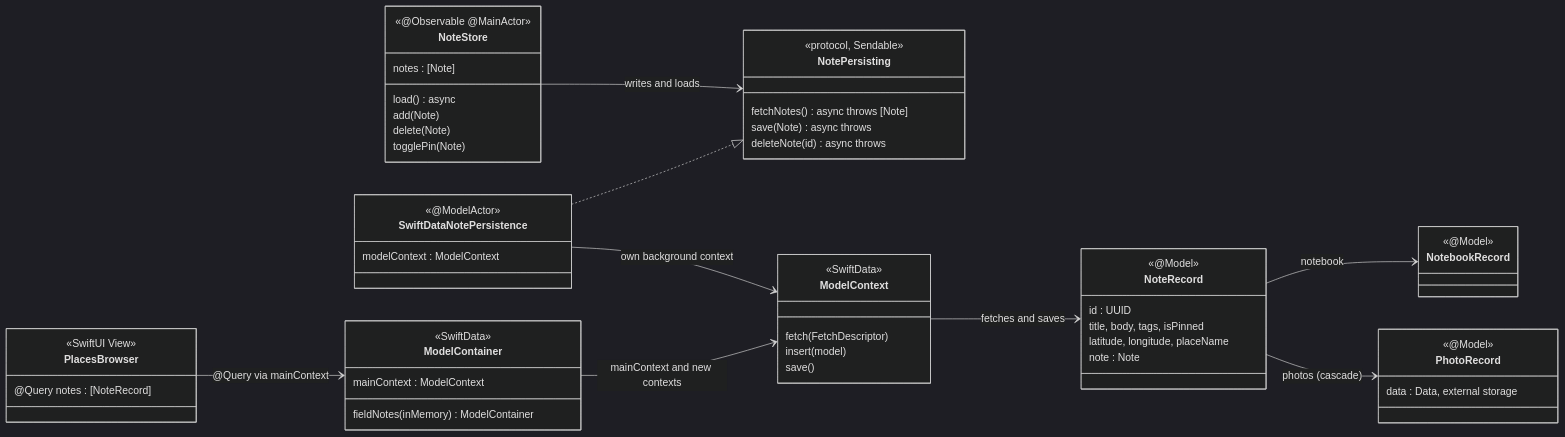
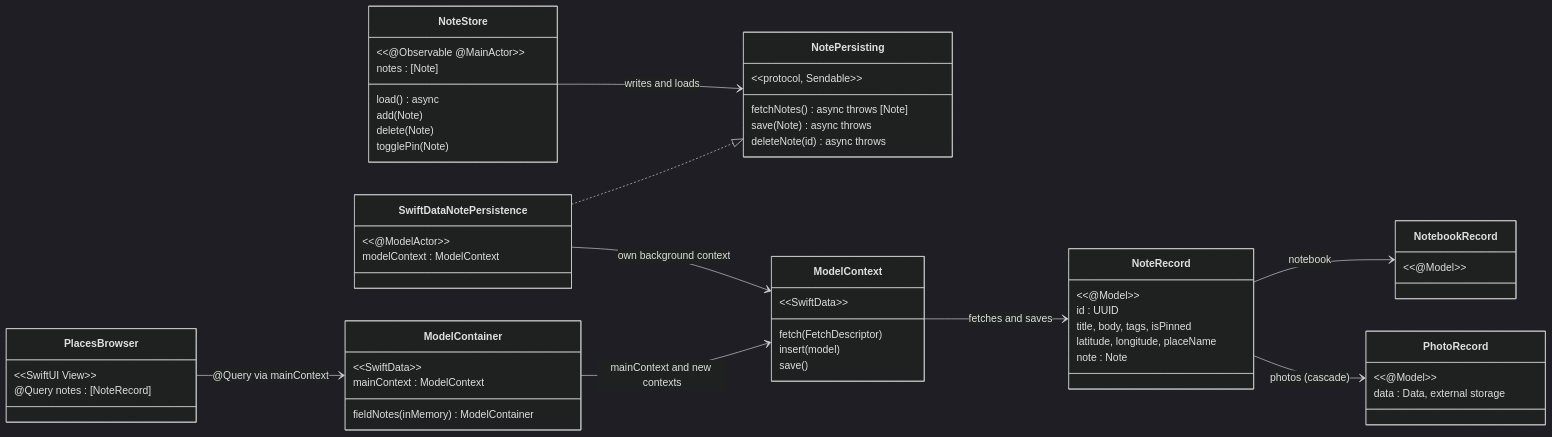
The first of 2 diagrams in modules/ROOT/pages/apps/apple/swiftdata.adoc (albertoirurueta/docs), drawn with Mermaid (dark theme) before and after one commit. The commit also changed 10 other files, not shown here.

First line of the commit message:
Fix Mermaid diagrams broken by HTML-parsed stereotypes

```diff
--- a/modules/ROOT/pages/apps/apple/swiftdata.adoc
+++ b/modules/ROOT/pages/apps/apple/swiftdata.adoc
@@ -51,60 +51,60 @@
 [mermaid]
 ....
 classDiagram
     direction LR
     class NoteStore {
-        <<@Observable @MainActor>>
+        &lt;&lt;@Observable @MainActor&gt;&gt;
         notes : [Note]
         load() async
         add(Note)
         delete(Note)
         togglePin(Note)
     }
     class NotePersisting {
-        <<protocol, Sendable>>
+        &lt;&lt;protocol, Sendable&gt;&gt;
         fetchNotes() async throws [Note]
         save(Note) async throws
         deleteNote(id) async throws
     }
     class SwiftDataNotePersistence {
-        <<@ModelActor>>
+        &lt;&lt;@ModelActor&gt;&gt;
         modelContext : ModelContext
     }
     class ModelContainer {
-        <<SwiftData>>
+        &lt;&lt;SwiftData&gt;&gt;
         fieldNotes(inMemory) ModelContainer
         mainContext : ModelContext
     }
     class ModelContext {
-        <<SwiftData>>
+        &lt;&lt;SwiftData&gt;&gt;
         fetch(FetchDescriptor)
         insert(model)
         save()
     }
     class NoteRecord {
-        <<@Model>>
+        &lt;&lt;@Model&gt;&gt;
         id : UUID
         title, body, tags, isPinned
         latitude, longitude, placeName
         note : Note
     }
     class NotebookRecord {
-        <<@Model>>
+        &lt;&lt;@Model&gt;&gt;
     }
     class PhotoRecord {
-        <<@Model>>
+        &lt;&lt;@Model&gt;&gt;
         data : Data, external storage
     }
     class PlacesBrowser {
-        <<SwiftUI View>>
+        &lt;&lt;SwiftUI View&gt;&gt;
         @Query notes : [NoteRecord]
     }
     NoteStore --> NotePersisting : writes and loads
     SwiftDataNotePersistence ..|> NotePersisting
     SwiftDataNotePersistence --> ModelContext : own background context
     ModelContainer --> ModelContext : mainContext and new contexts
     ModelContext --> NoteRecord : fetches and saves
     NoteRecord --> NotebookRecord : notebook
     NoteRecord --> PhotoRecord : photos (cascade)
     PlacesBrowser --> ModelContainer : @Query via mainContext
 ....
```
